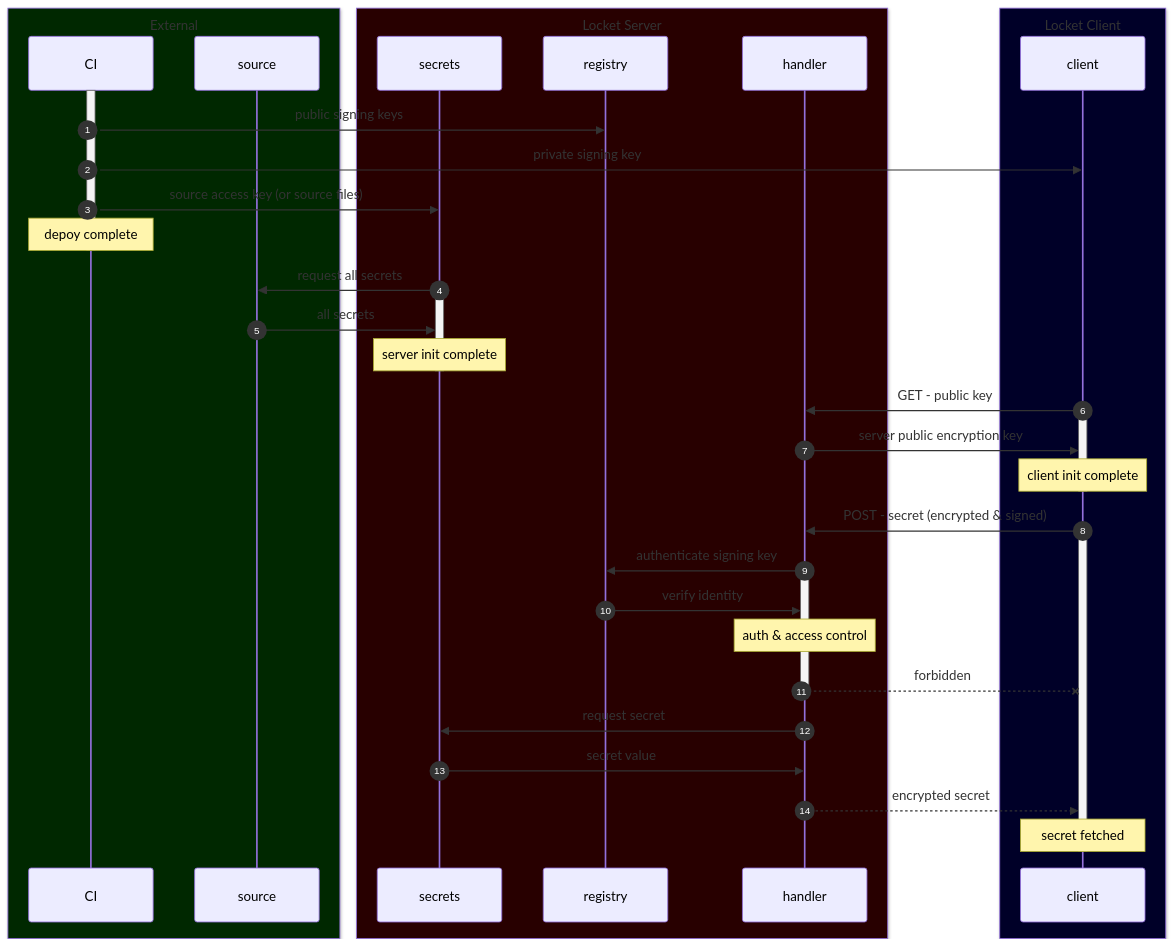
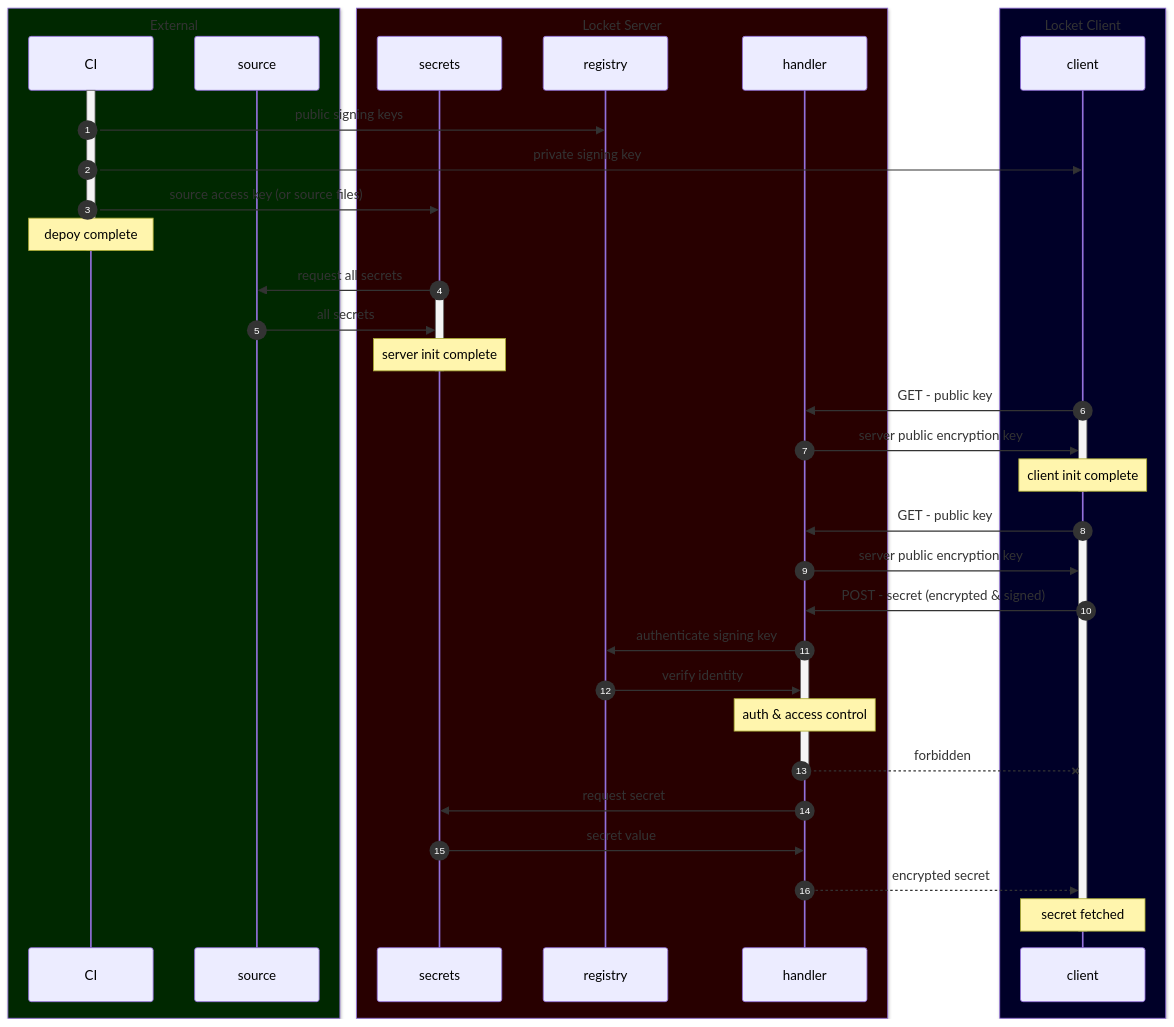
One commit to grackleclub/locket changed the diagram in README.md. Above: the diagram before and after it, drawn with Mermaid. The commit also changed other lines of this file, not shown here.

Commit message:
reflect server pubkey refetch

````diff
--- a/README.md
+++ b/README.md
@@ -11,52 +14,54 @@
 ```mermaid
 sequenceDiagram
     autonumber
 
     box rgb(0, 40, 0) External 
     participant CI
     participant source
     end
 
     box rgb(40, 0, 0) Locket Server
     participant secrets
     participant registry
     participant handler
     end
 
     box rgb(0, 0, 40) Locket Client
     participant client
     end
 
     activate CI
     CI->>registry: public signing keys
     CI->>client: private signing key
     CI->>secrets: source access key (or source files)
     note over CI: depoy complete
     deactivate CI
 
     secrets->>source: request all secrets
     activate secrets
     source->>secrets: all secrets
     note over secrets: server init complete
     deactivate secrets
 
     client->>handler: GET - public key
     activate client
     handler->>client: server public encryption key
     note over client: client init complete
     deactivate client
 
+    client->>handler: GET - public key
+    activate client
+    handler->>client: server public encryption key
     client->>handler: POST - secret (encrypted & signed)
-    activate client
     handler->>registry: authenticate signing key
     activate handler
     registry->>handler: verify identity
     note over handler: auth & access control
     handler--x client: forbidden
     deactivate handler
     handler->>secrets: request secret
     secrets->>handler: secret value
     handler-->>client: encrypted secret
     note over client: secret fetched
     deactivate client
 ```
````
